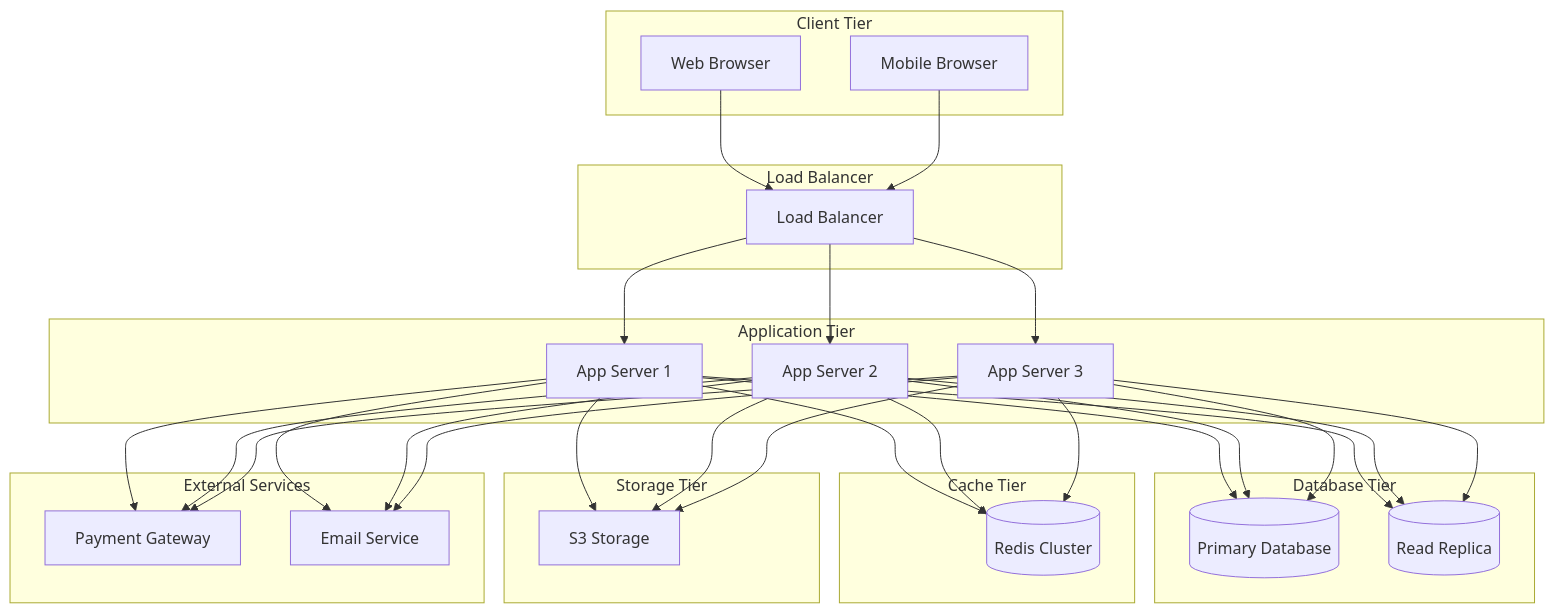
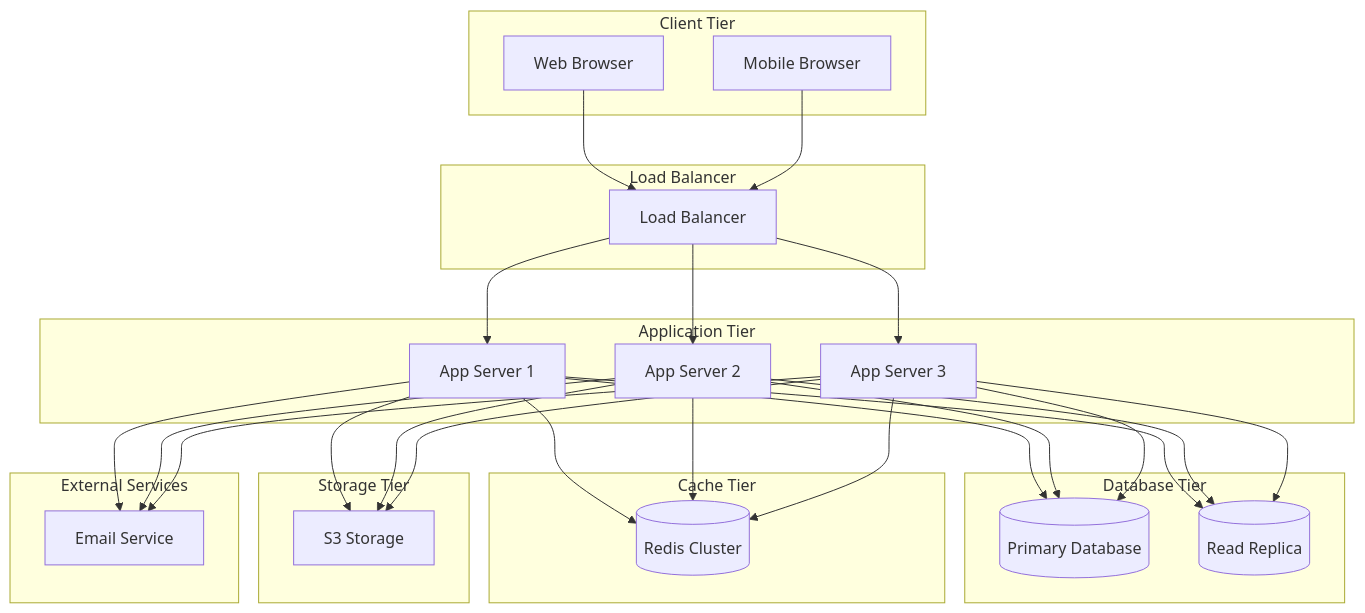
Diagram 18 of 19 in docs/UML_DIAGRAMS.md (botvecna47/MH26-Services), drawn with Mermaid before and after one commit. The commit also changed other lines of this file, not shown here.

Commit message:
docs: Add comprehensive database schema (ER diagram) to UML diagrams

````diff
--- a/docs/UML_DIAGRAMS.md
+++ b/docs/UML_DIAGRAMS.md
@@ -817,59 +822,55 @@
 ```mermaid
 graph TB
     subgraph "Client Tier"
         Browser[Web Browser]
         Mobile[Mobile Browser]
     end
     
     subgraph "Load Balancer"
         LB[Load Balancer]
     end
     
     subgraph "Application Tier"
         App1[App Server 1]
         App2[App Server 2]
         App3[App Server 3]
     end
     
     subgraph "Database Tier"
         PrimaryDB[(Primary Database)]
         ReplicaDB[(Read Replica)]
     end
     
     subgraph "Cache Tier"
         Redis1[(Redis Cluster)]
     end
     
     subgraph "Storage Tier"
         S3[S3 Storage]
     end
     
     subgraph "External Services"
-        Razorpay[Payment Gateway]
         SMTP[Email Service]
     end
     
     Browser --> LB
     Mobile --> LB
     LB --> App1
     LB --> App2
     LB --> App3
     App1 --> PrimaryDB
     App2 --> PrimaryDB
     App3 --> PrimaryDB
     App1 --> ReplicaDB
     App2 --> ReplicaDB
     App3 --> ReplicaDB
     App1 --> Redis1
     App2 --> Redis1
     App3 --> Redis1
     App1 --> S3
     App2 --> S3
     App3 --> S3
-    App1 --> Razorpay
-    App2 --> Razorpay
-    App3 --> Razorpay
     App1 --> SMTP
     App2 --> SMTP
     App3 --> SMTP
 ```
````
